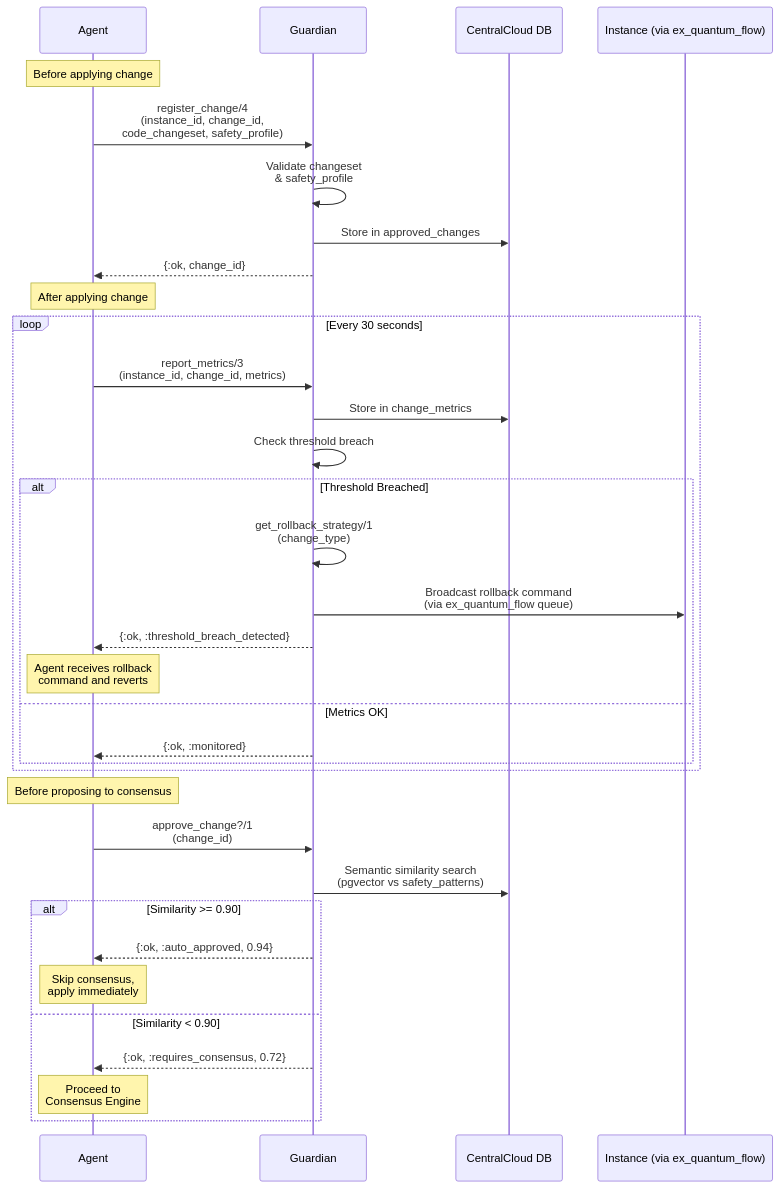
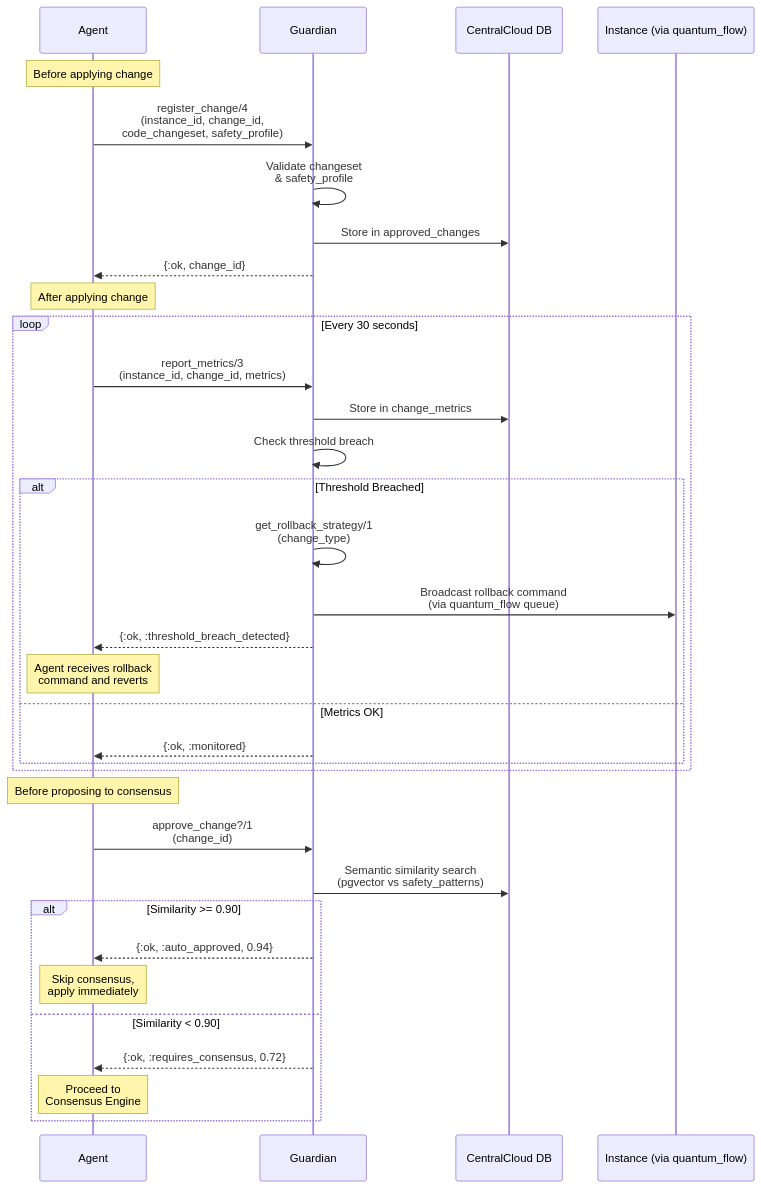
One commit to mikkihugo/ex_llm changed the third of 6 diagrams in CENTRAL_EVOLUTION_DECISION_TREE.md. Above: the diagram before and after it, drawn with Mermaid. The commit also changed other lines of this file and 234 other files, not shown here.

````diff
--- a/CENTRAL_EVOLUTION_DECISION_TREE.md
+++ b/CENTRAL_EVOLUTION_DECISION_TREE.md
@@ -101,45 +101,45 @@
 ```mermaid
 sequenceDiagram
     participant A as Agent
     participant G as Guardian
     participant DB as CentralCloud DB
-    participant I as Instance (via ex_quantum_flow)
+    participant I as Instance (via quantum_flow)
 
     Note over A: Before applying change
 
     A->>G: register_change/4<br/>(instance_id, change_id,<br/>code_changeset, safety_profile)
 
     G->>G: Validate changeset<br/>& safety_profile
     G->>DB: Store in approved_changes
     G-->>A: {:ok, change_id}
 
     Note over A: After applying change
 
     loop Every 30 seconds
         A->>G: report_metrics/3<br/>(instance_id, change_id, metrics)
         G->>DB: Store in change_metrics
         G->>G: Check threshold breach
 
         alt Threshold Breached
             G->>G: get_rollback_strategy/1<br/>(change_type)
-            G->>I: Broadcast rollback command<br/>(via ex_quantum_flow queue)
+            G->>I: Broadcast rollback command<br/>(via quantum_flow queue)
             G-->>A: {:ok, :threshold_breach_detected}
             Note over A: Agent receives rollback<br/>command and reverts
         else Metrics OK
             G-->>A: {:ok, :monitored}
         end
     end
 
     Note over A: Before proposing to consensus
 
     A->>G: approve_change?/1<br/>(change_id)
     G->>DB: Semantic similarity search<br/>(pgvector vs safety_patterns)
 
     alt Similarity >= 0.90
         G-->>A: {:ok, :auto_approved, 0.94}
         Note over A: Skip consensus,<br/>apply immediately
     else Similarity < 0.90
         G-->>A: {:ok, :requires_consensus, 0.72}
         Note over A: Proceed to<br/>Consensus Engine
     end
 ```
````
